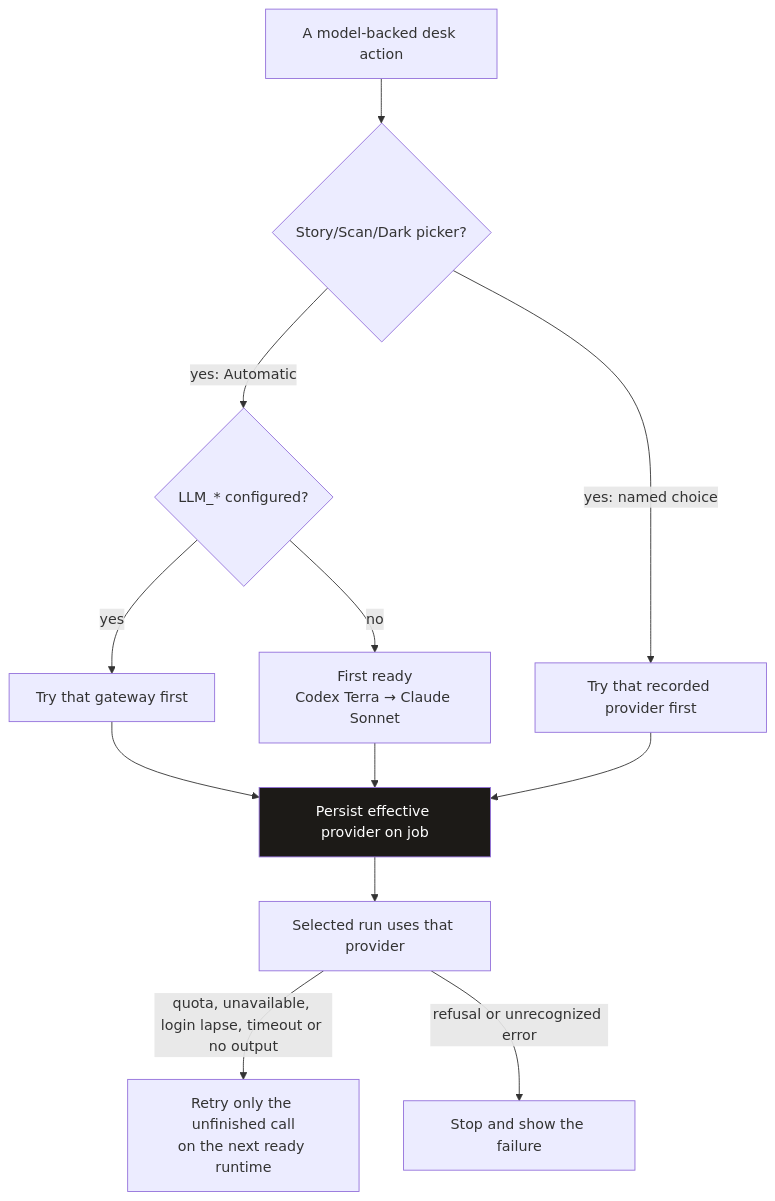
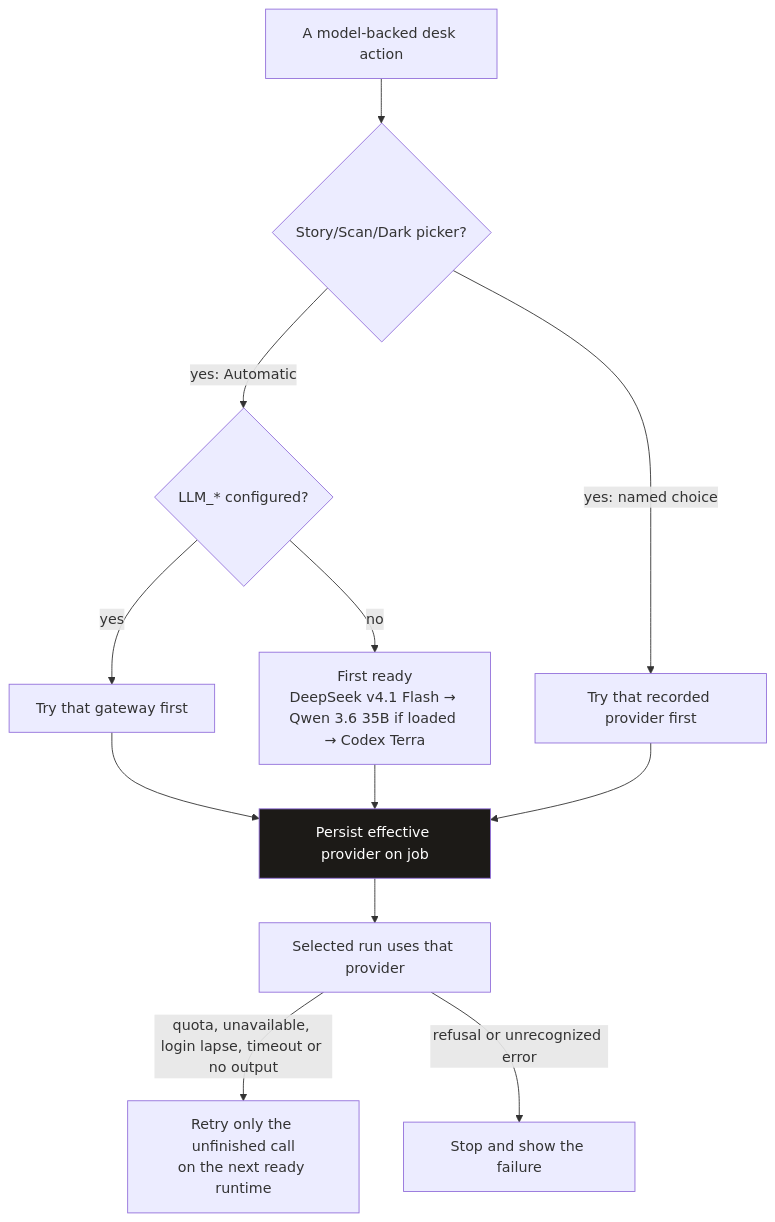
One commit to scottconverse/TownReporter changed the eighth of 9 diagrams in docs/manual.md. Above: the diagram before and after it, drawn with Mermaid. The commit also changed other lines of this file and 7 other files, not shown here.

````diff
--- a/docs/manual.md
+++ b/docs/manual.md
@@ -1119,16 +1118,16 @@
 ```mermaid
 flowchart TB
     CALL["A model-backed desk action"] --> KIND{"Story/Scan/Dark picker?"}
     KIND -->|yes: Automatic| Q1{"LLM_* configured?"}
     Q1 -->|yes| OAI["Try that gateway first"]
-    Q1 -->|no| READY["First ready<br/>Codex Terra → Claude Sonnet"]
+    Q1 -->|no| READY["First ready<br/>DeepSeek v4.1 Flash → Qwen 3.6 35B if loaded → Codex Terra"]
     KIND -->|yes: named choice| ONE["Try that recorded provider first"]
     OAI --> SAVE["Persist effective provider on job"]
     READY --> SAVE
     ONE --> SAVE
     SAVE --> RUN["Selected run uses that provider"]
     RUN -->|quota, unavailable, login lapse, timeout or no output| NEXT["Retry only the unfinished call<br/>on the next ready runtime"]
     RUN -->|refusal or unrecognized error| SAME["Stop and show the failure"]
 
     style SAVE fill:#1c1a17,color:#fff
 ```
````
